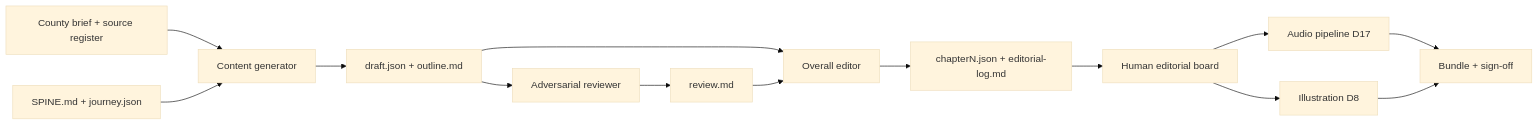
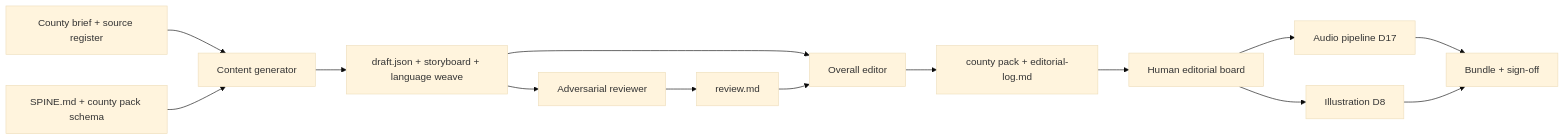
The diagram in docs/CONTENT-PIPELINE.md (cbrown564-alt/an-turas), drawn with Mermaid (base theme) before and after one commit. The commit also changed other lines of this file and 31 other files, not shown here.

Commit message:
Refine Irish learning flow and supporting content

````diff
--- a/docs/CONTENT-PIPELINE.md
+++ b/docs/CONTENT-PIPELINE.md
@@ -142,16 +163,16 @@
 ```mermaid
 flowchart LR
-  COUNTY[County brief + source register] --> GEN[Content generator]
-  SPINE[SPINE.md + journey.json] --> GEN
-  GEN --> DRAFT[draft.json + outline.md]
+COUNTY[County brief + source register] --> GEN[Content generator]
+SPINE[SPINE.md + county pack schema] --> GEN
+GEN --> DRAFT[draft.json + storyboard + language weave]
   DRAFT --> ADV[Adversarial reviewer]
   ADV --> REV[review.md]
   DRAFT --> EDIT[Overall editor]
   REV --> EDIT
-  EDIT --> FINAL[chapterN.json + editorial-log.md]
+  EDIT --> FINAL[county pack + editorial-log.md]
   FINAL --> BOARD[Human editorial board]
   BOARD --> AUDIO[Audio pipeline D17]
   BOARD --> ART[Illustration D8]
   AUDIO --> SHIP[Bundle + sign-off]
   ART --> SHIP
 ```
````
